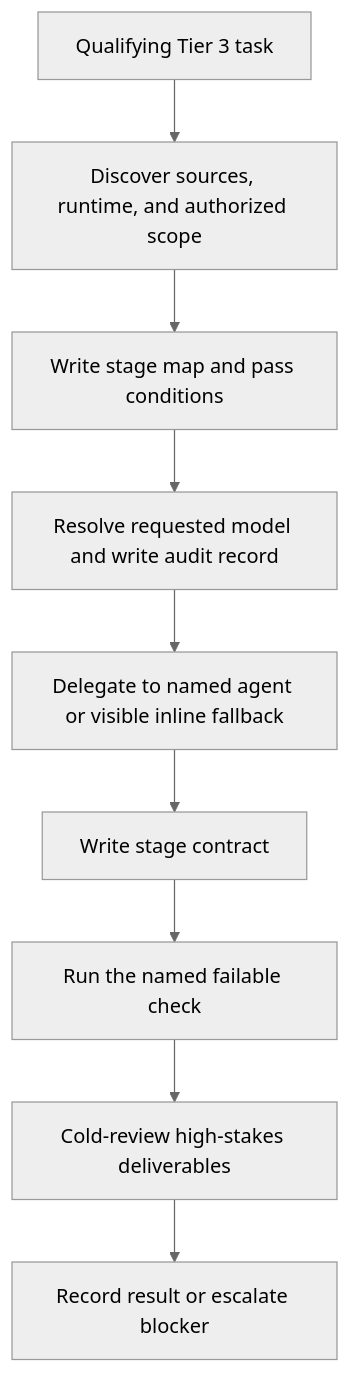
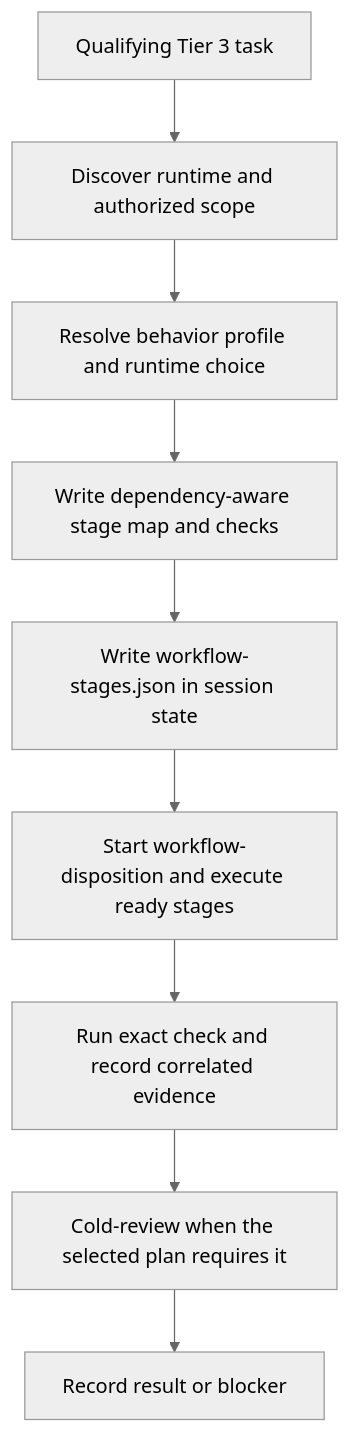
The diagram in fable-mode/references/execution-phases.md (dyphn1/Harness-everything), drawn with Mermaid (neutral theme) before and after one commit. The commit also changed other lines of this file and 3 other files, not shown here.

First line of the commit message:
docs(fable): align execution phases with workflow runtime

````diff
--- a/fable-mode/references/execution-phases.md
+++ b/fable-mode/references/execution-phases.md
@@ -3,11 +3,11 @@
 ```mermaid
 flowchart TD
-  Start[Qualifying Tier 3 task] --> Discover[Discover sources, runtime, and authorized scope]
-  Discover --> Plan[Write stage map and pass conditions]
-  Plan --> Select[Resolve requested model and write audit record]
-  Select --> Delegate[Delegate to named agent or visible inline fallback]
-  Delegate --> Contract[Write stage contract]
-  Contract --> Verify[Run the named failable check]
-  Verify --> Review[Cold-review high-stakes deliverables]
-  Review --> Done[Record result or escalate blocker]
+  Start[Qualifying Tier 3 task] --> Discover[Discover runtime and authorized scope]
+  Discover --> Profile[Resolve behavior profile and runtime choice]
+  Profile --> Plan[Write dependency-aware stage map and checks]
+  Plan --> Register[Write workflow-stages.json in session state]
+  Register --> Execute[Start workflow-disposition and execute ready stages]
+  Execute --> Check[Run exact check and record correlated evidence]
+  Check --> Review[Cold-review when the selected plan requires it]
+  Review --> Done[Record result or blocker]
 ```
````
